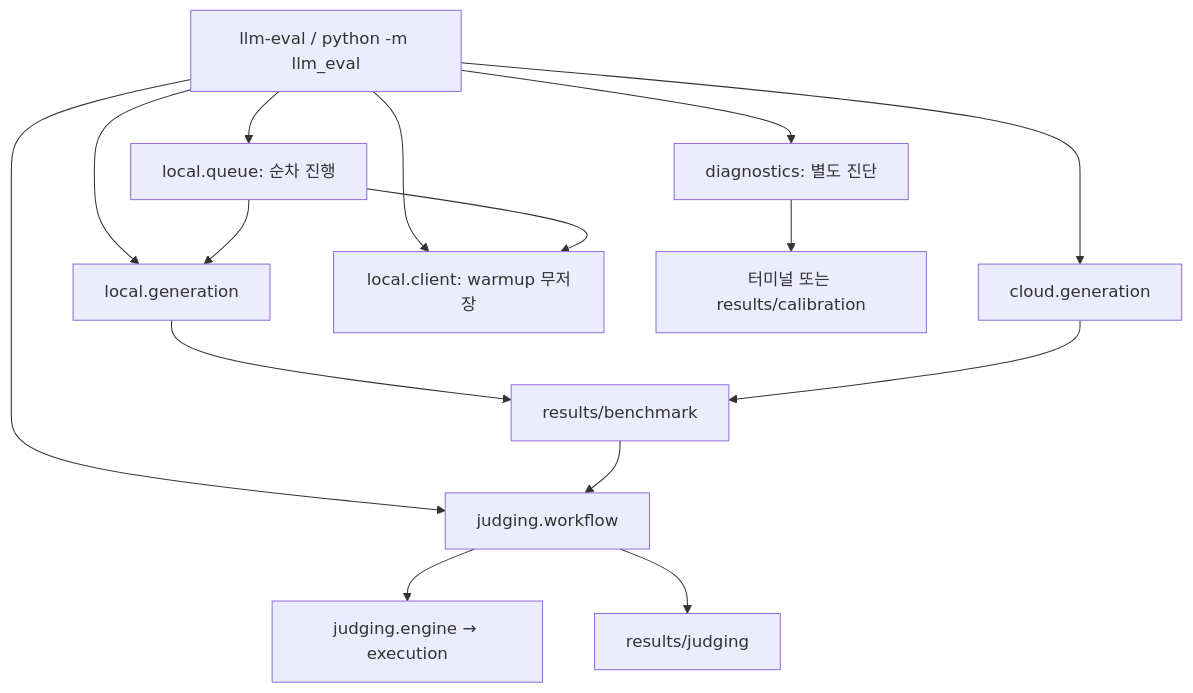
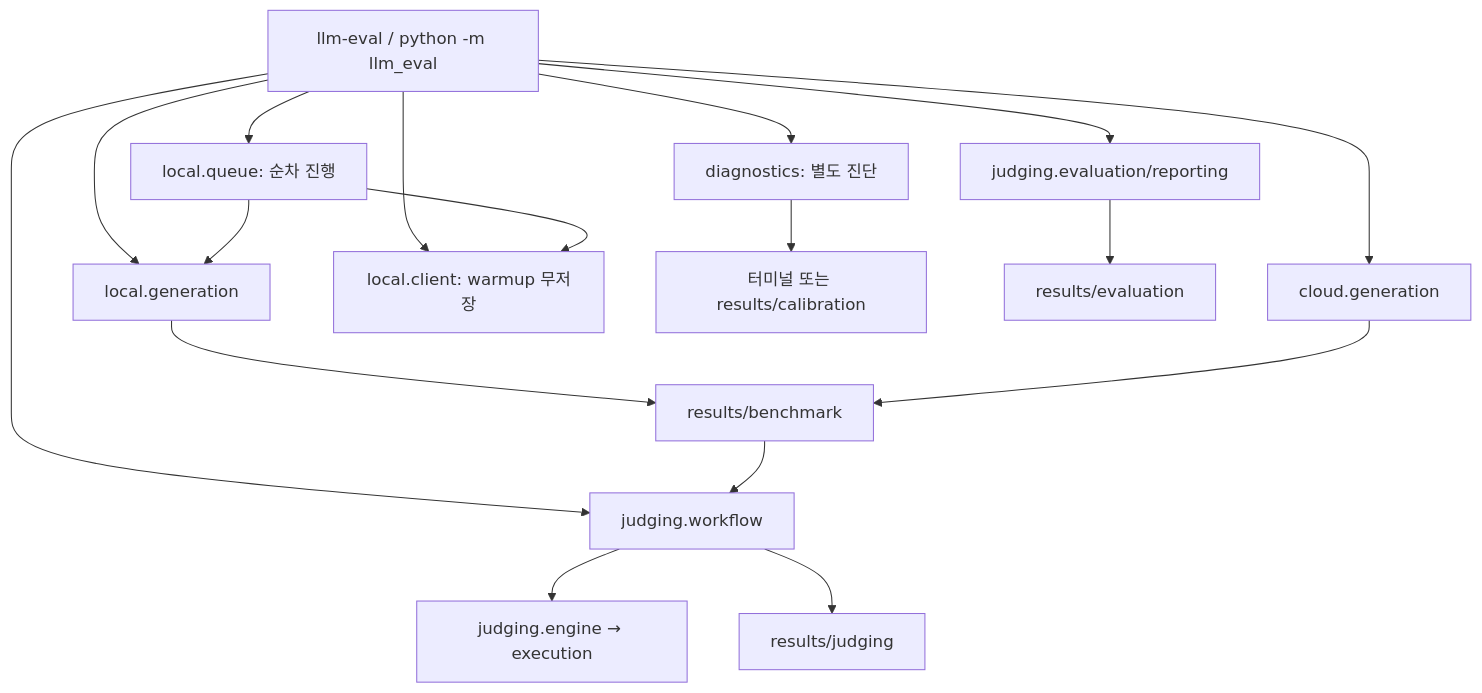
Before and after one commit to 10o0o/-KANT-project-1-_local-llm-evaluation: the diagram in docs/architecture.md, drawn with Mermaid. The commit also changed other lines of this file and 11 other files, not shown here.

````diff
--- a/docs/architecture.md
+++ b/docs/architecture.md
@@ -43,17 +46,19 @@
 ```mermaid
 flowchart TD
     CLI[llm-eval / python -m llm_eval] --> Q[local.queue: 순차 진행]
     CLI --> L[local.generation]
     CLI --> C[cloud.generation]
     CLI --> W[local.client: warmup 무저장]
     CLI --> D[diagnostics: 별도 진단]
     CLI --> J[judging.workflow]
+    CLI --> EV[judging.evaluation/reporting]
     Q --> L
     Q --> W
     L --> B[results/benchmark]
     C --> B
     D --> P[터미널 또는 results/calibration]
     B --> J
     J --> E[judging.engine → execution]
     J --> R[results/judging]
+    EV --> R2[results/evaluation]
 ```
````
